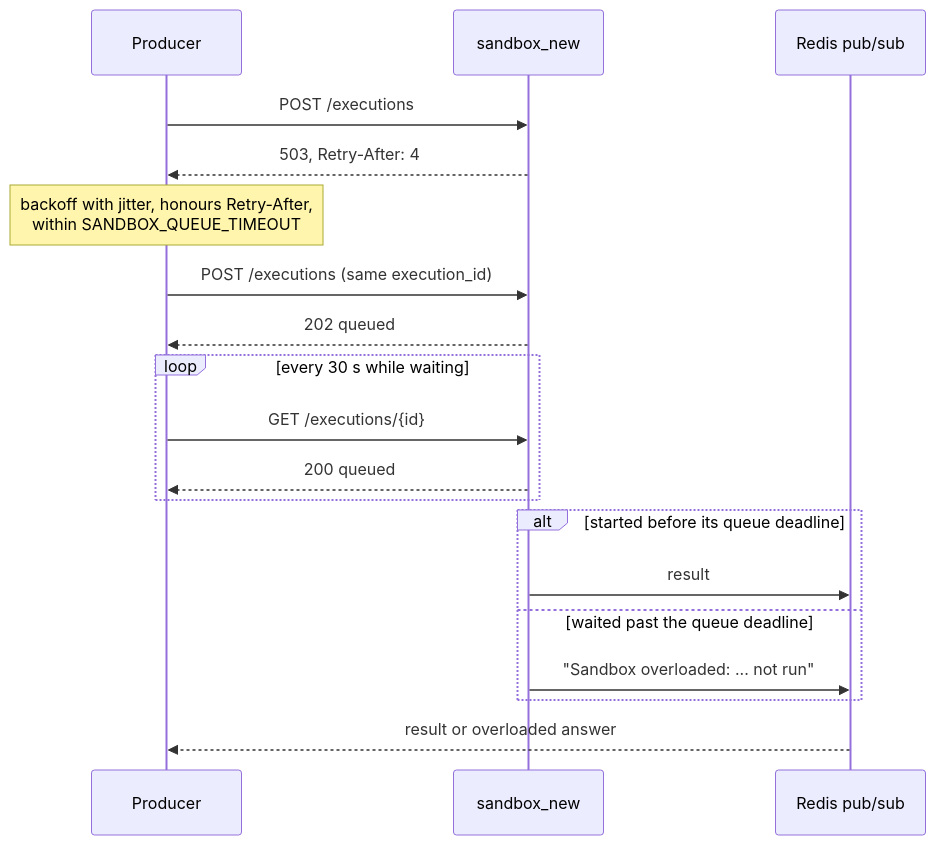
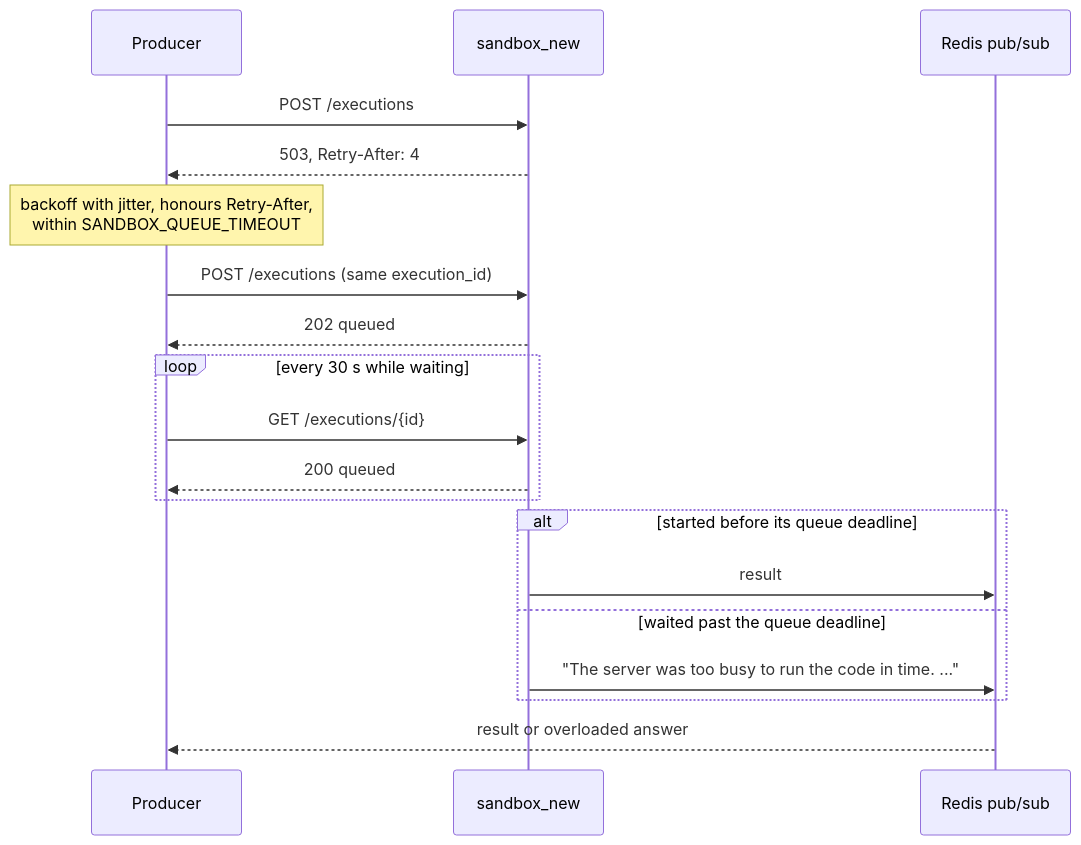
One commit to EpicStaff/EpicStaff changed the third of 4 diagrams in docs/sandbox/README.md. Above: the diagram before and after it, drawn with Mermaid. The commit also changed 26 other files, not shown here.

````diff
--- a/docs/sandbox/README.md
+++ b/docs/sandbox/README.md
@@ -77,21 +77,21 @@
 ```mermaid
 sequenceDiagram
     participant P as Producer
     participant S as sandbox_new
     participant B as Redis pub/sub
     P->>S: POST /executions
     S-->>P: 503, Retry-After: 4
     Note over P: backoff with jitter, honours Retry-After,<br/>within SANDBOX_QUEUE_TIMEOUT
     P->>S: POST /executions (same execution_id)
     S-->>P: 202 queued
     loop every 30 s while waiting
         P->>S: GET /executions/{id}
         S-->>P: 200 queued
     end
     alt started before its queue deadline
         S->>B: result
     else waited past the queue deadline
-        S->>B: "Sandbox overloaded: ... not run"
+        S->>B: "The server was too busy to run the code in time. ..."
     end
     B-->>P: result or overloaded answer
 ```
````
